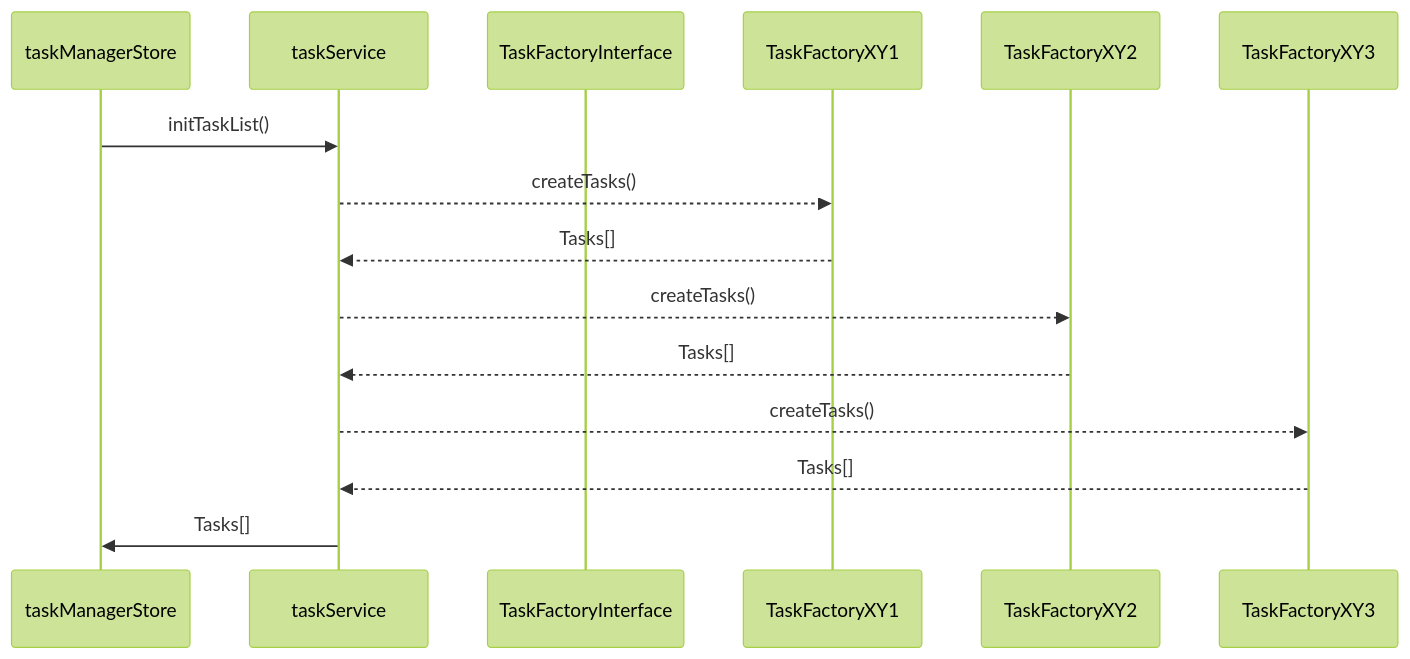
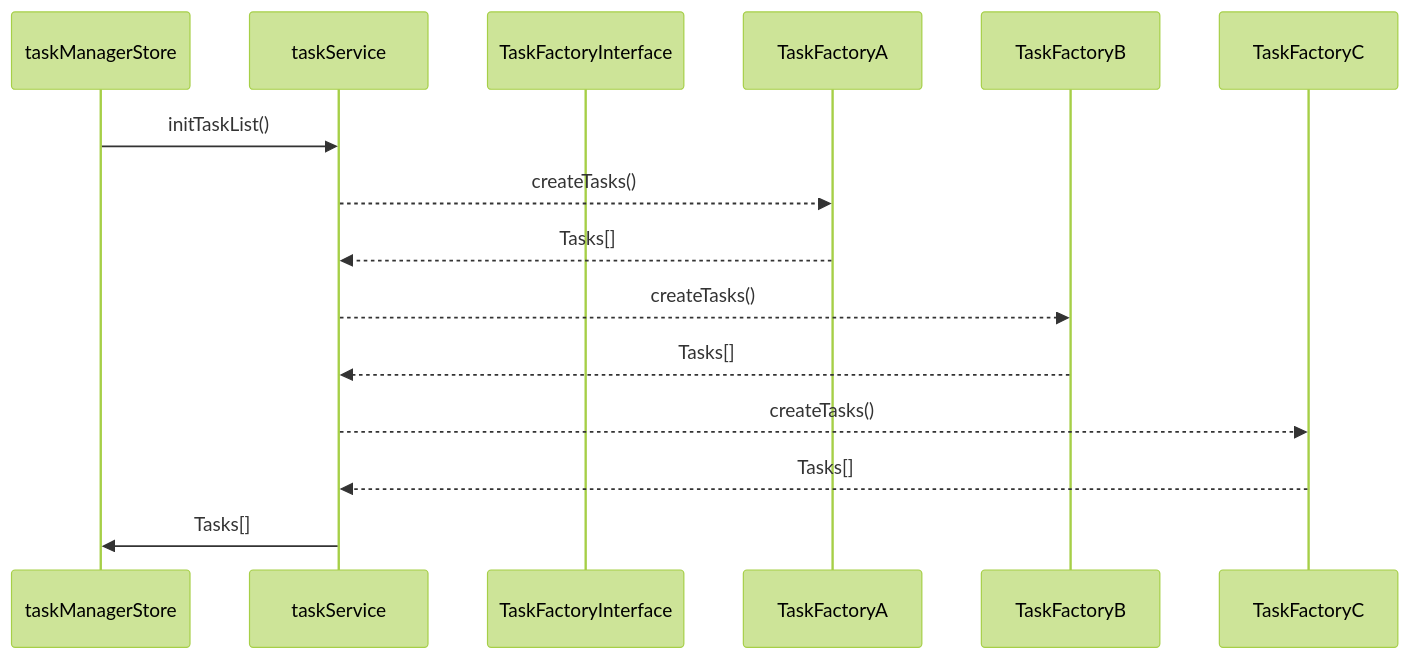
The diagram in docs/src/technik/systemspecification/frontend/task-factories.md (it-at-m/Wahllokalsystem), drawn with Mermaid (forest theme) before and after one commit. The commit also changed 1 other file, not shown here.

Commit message:
review refactoring

````diff
--- a/docs/src/technik/systemspecification/frontend/task-factories.md
+++ b/docs/src/technik/systemspecification/frontend/task-factories.md
@@ -22,19 +22,19 @@
 ```mermaid
 sequenceDiagram
     participant taskManagerStore
     participant taskService
     participant TaskFactoryInterface
-    participant TaskFactoryXY1
-    participant TaskFactoryXY2
-    participant TaskFactoryXY3
+    participant TaskFactoryA
+    participant TaskFactoryB
+    participant TaskFactoryC
 
     taskManagerStore ->> taskService: initTaskList()
-    taskService -->> TaskFactoryXY1: createTasks()
-    TaskFactoryXY1 -->> taskService: Tasks[]
-    taskService -->> TaskFactoryXY2: createTasks()
-    TaskFactoryXY2 -->> taskService: Tasks[]
-    taskService -->> TaskFactoryXY3: createTasks()
-    TaskFactoryXY3 -->> taskService: Tasks[]
+    taskService -->> TaskFactoryA: createTasks()
+    TaskFactoryA -->> taskService: Tasks[]
+    taskService -->> TaskFactoryB: createTasks()
+    TaskFactoryB -->> taskService: Tasks[]
+    taskService -->> TaskFactoryC: createTasks()
+    TaskFactoryC -->> taskService: Tasks[]
     taskService ->> taskManagerStore: Tasks[]
 
 ```
````
